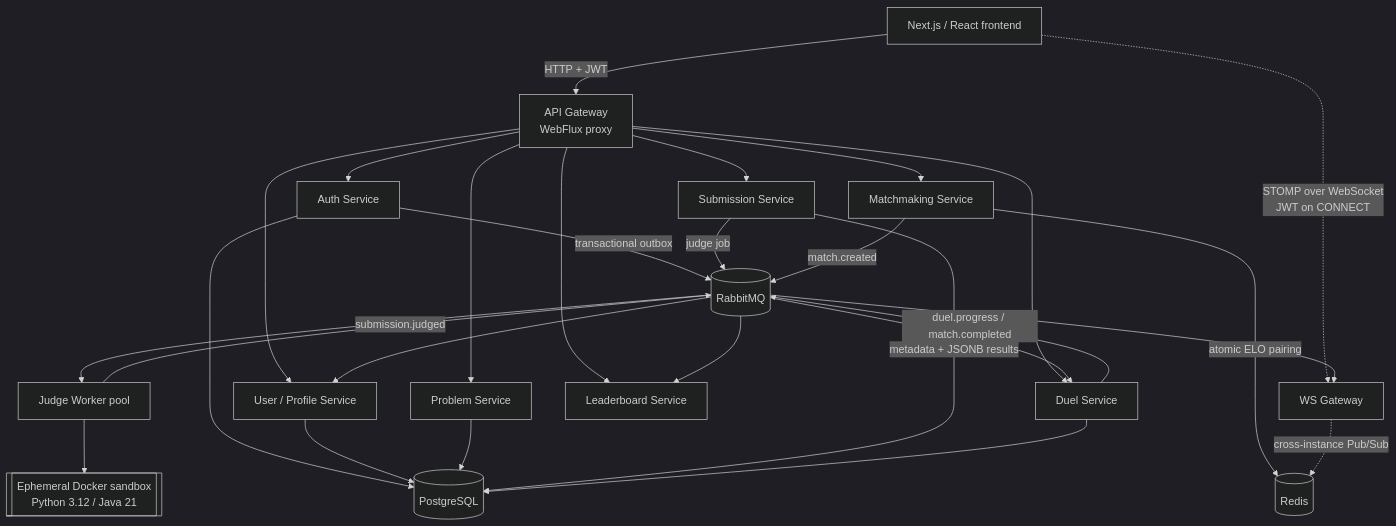
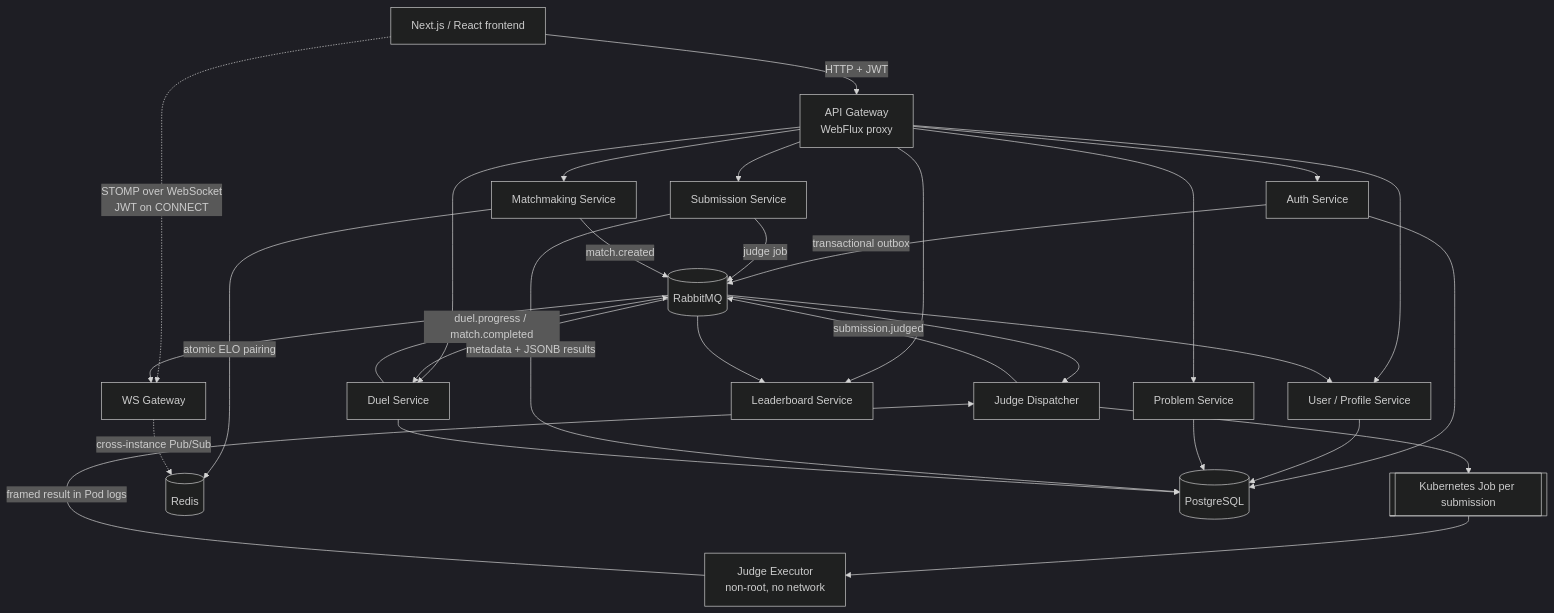
One commit to darKKnight14110/leetduel changed the diagram in README.md. Above: the diagram before and after it, drawn with Mermaid (dark theme). The commit also changed other lines of this file and 61 other files, not shown here.

````diff
--- a/README.md
+++ b/README.md
@@ -28,36 +28,38 @@
 ```mermaid
 flowchart TB
     FE["Next.js / React frontend"]
 
     FE -->|"HTTP + JWT"| GW["API Gateway<br/>WebFlux proxy"]
     FE -.->|"STOMP over WebSocket<br/>JWT on CONNECT"| WSG["WS Gateway"]
 
     GW --> AUTH["Auth Service"]
     GW --> USER["User / Profile Service"]
     GW --> PROB["Problem Service"]
     GW --> SUB["Submission Service"]
     GW --> MATCH["Matchmaking Service"]
     GW --> DUEL["Duel Service"]
     GW --> LEAD["Leaderboard Service"]
 
     AUTH -->|"transactional outbox"| MQ[(RabbitMQ)]
     SUB -->|"judge job"| MQ
-    MQ --> JUDGE["Judge Worker pool"]
-    JUDGE --> SANDBOX[["Ephemeral Docker sandbox<br/>Python 3.12 / Java 21"]]
+    MQ --> JUDGE["Judge Dispatcher"]
+    JUDGE --> JOB[["Kubernetes Job per submission"]]
+    JOB --> EXEC["Judge Executor<br/>non-root, no network"]
+    EXEC -->|"framed result in Pod logs"| JUDGE
     JUDGE -->|"submission.judged"| MQ
 
     MATCH -->|"atomic ELO pairing"| REDIS[(Redis)]
     MATCH -->|"match.created"| MQ
     MQ --> DUEL
     DUEL -->|"duel.progress / match.completed"| MQ
     MQ --> WSG
     MQ --> USER
     MQ --> LEAD
     WSG -.->|"cross-instance Pub/Sub"| REDIS
 
     AUTH --> PG[(PostgreSQL)]
     USER --> PG
     PROB --> PG
     SUB -->|"metadata + JSONB results"| PG
     DUEL --> PG
 ```
````
